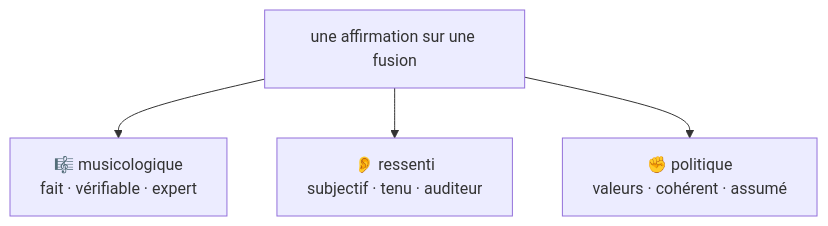
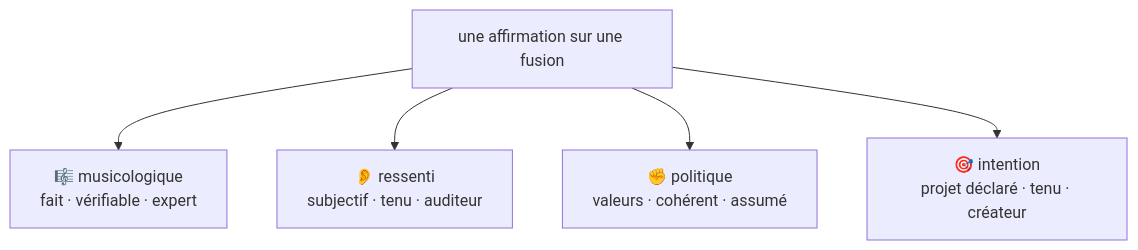
Before and after one commit to groove-engineering/malentendu: the third of 5 diagrams in docs-site/i18n/fr/docusaurus-plugin-content-docs/current/explanation/examples.md, drawn with Mermaid. The commit also changed other lines of this file and 18 other files, not shown here.

````diff
--- a/docs-site/i18n/fr/docusaurus-plugin-content-docs/current/explanation/examples.md
+++ b/docs-site/i18n/fr/docusaurus-plugin-content-docs/current/explanation/examples.md
@@ -37,7 +37,8 @@
 ```mermaid
 flowchart TB
   C["une affirmation sur une fusion"]
   C --> M["🎼 musicologique<br/>fait · vérifiable · expert"]
   C --> R["👂 ressenti<br/>subjectif · tenu · auditeur"]
   C --> P["✊ politique<br/>valeurs · cohérent · assumé"]
+  C --> I["🎯 intention<br/>projet déclaré · tenu · créateur"]
 ```
````
